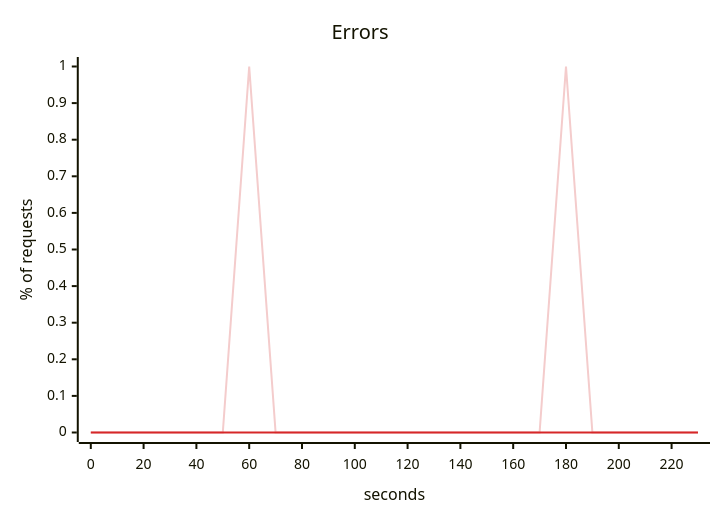
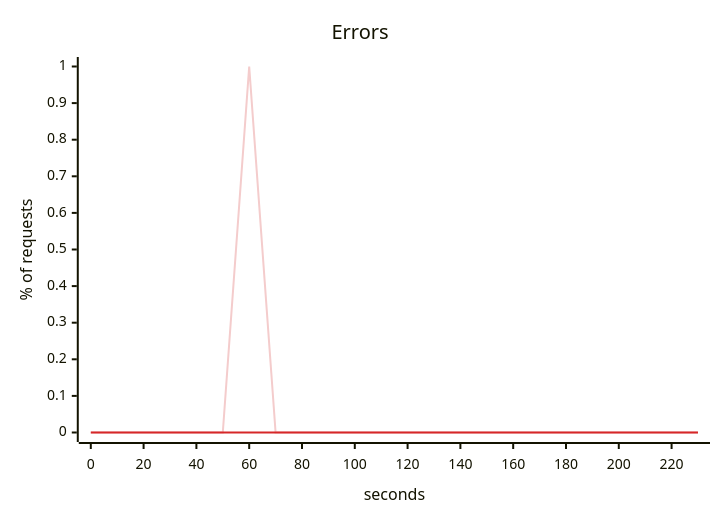
Before and after one commit to akinfemi/load-lore: the fourth of 5 diagrams in scenarios/flaky-network/solutions/timeout-for-the-tail/report.md, drawn with Mermaid. The commit also changed other lines of this file and 71 other files, not shown here.

````diff
--- a/scenarios/flaky-network/solutions/timeout-for-the-tail/report.md
+++ b/scenarios/flaky-network/solutions/timeout-for-the-tail/report.md
@@ -75,15 +75,15 @@
 ```mermaid
 ---
 config:
   themeVariables:
     xyChart:
       backgroundColor: "transparent"
       plotColorPalette: "#f4cccc, #d62728"
 ---
 xychart-beta
     title "Errors"
     x-axis "seconds" 0 --> 230
     y-axis "% of requests" 0 --> 1
-    line [0, 0, 0, 0, 0, 0, 1, 0, 0, 0, 0, 0, 0, 0, 0, 0, 0, 0, 1, 0, 0, 0, 0, 0]
+    line [0, 0, 0, 0, 0, 0, 1, 0, 0, 0, 0, 0, 0, 0, 0, 0, 0, 0, 0, 0, 0, 0, 0, 0]
     line [0, 0, 0, 0, 0, 0, 0, 0, 0, 0, 0, 0, 0, 0, 0, 0, 0, 0, 0, 0, 0, 0, 0, 0]
 ```
````
